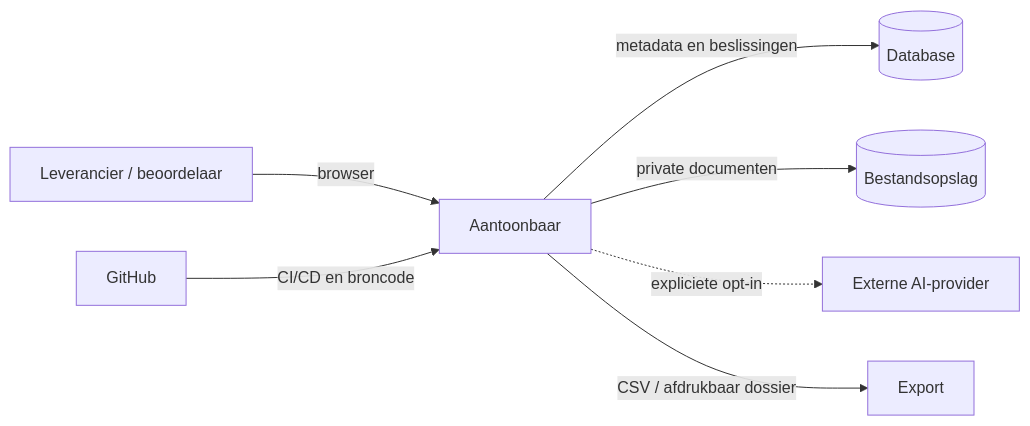
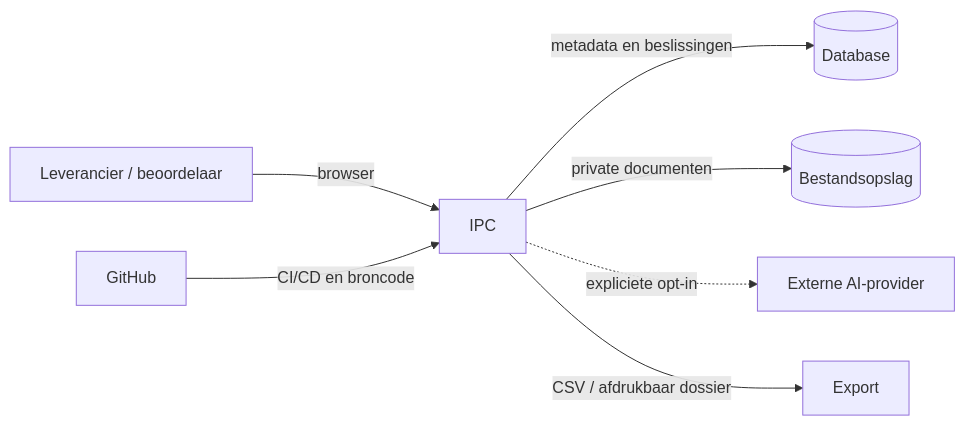
One commit to oli4vos/Compliance-in-control changed the first of 7 diagrams in ARCHITECTURE.md. Above: the diagram before and after it, drawn with Mermaid. The commit also changed other lines of this file and 17 other files, not shown here.

````diff
--- a/ARCHITECTURE.md
+++ b/ARCHITECTURE.md
@@ -57,9 +57,9 @@
 ```mermaid
 flowchart LR
-    U[Leverancier / beoordelaar] -->|browser| A[Aantoonbaar]
+    U[Leverancier / beoordelaar] -->|browser| A[IPC]
     A -->|metadata en beslissingen| D[(Database)]
     A -->|private documenten| F[(Bestandsopslag)]
     A -. expliciete opt-in .-> AI[Externe AI-provider]
     A -->|CSV / afdrukbaar dossier| X[Export]
     G[GitHub] -->|CI/CD en broncode| A
 ```
````
